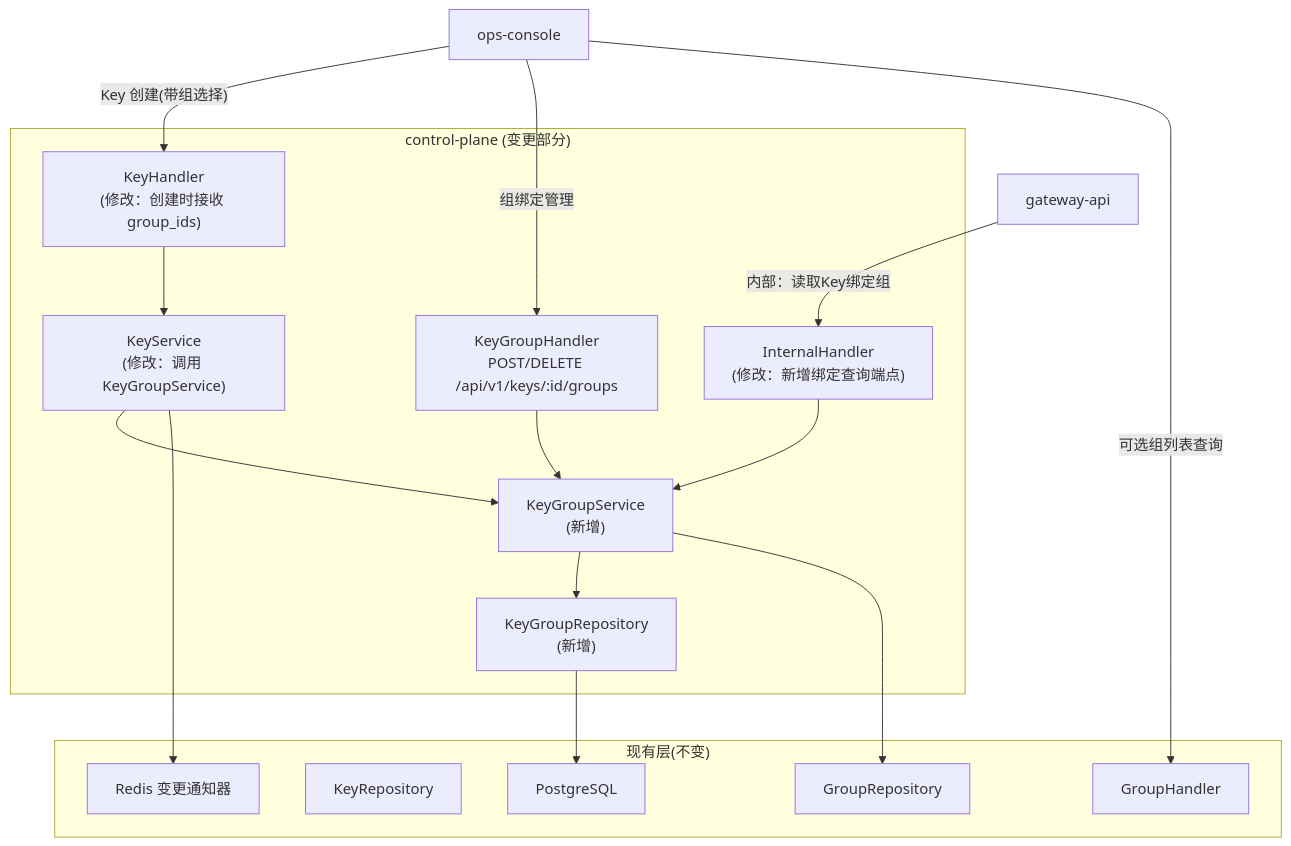
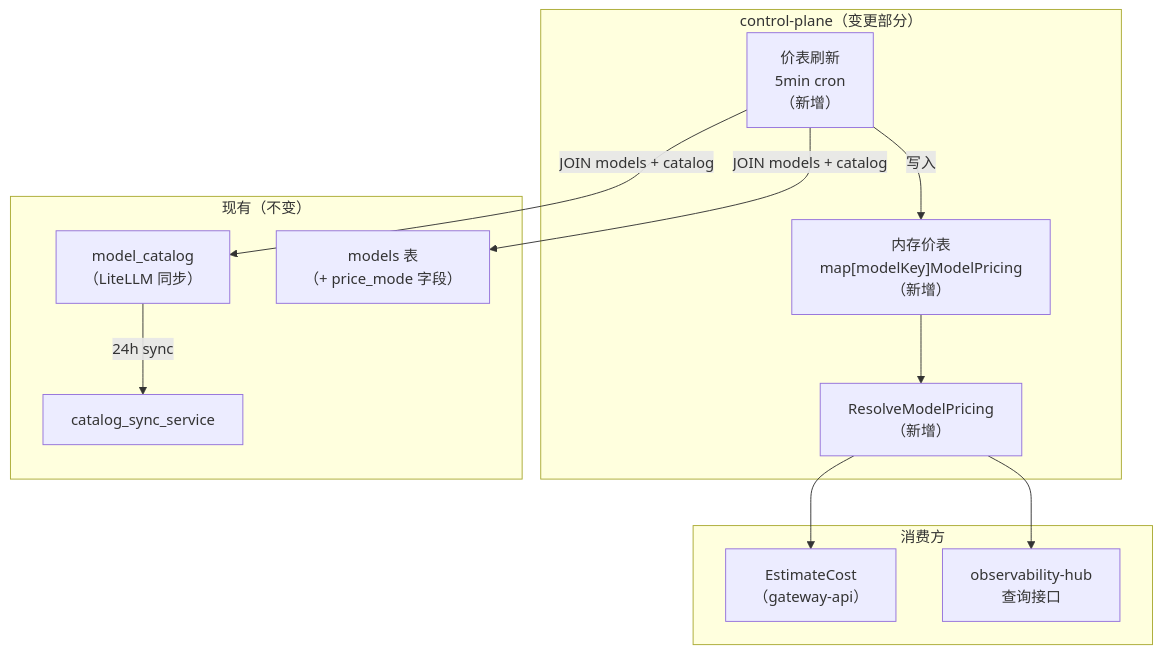
The diagram in xspec/changes/control-plane/hld.delta.md (achieve-jsy/llm-gateway), drawn with Mermaid before and after one commit. The commit also changed other lines of this file and 106 other files, not shown here.

````diff
--- a/xspec/changes/control-plane/hld.delta.md
+++ b/xspec/changes/control-plane/hld.delta.md
@@ -11,34 +11,27 @@
 ```mermaid
 flowchart TD
-    subgraph CP["control-plane (变更部分)"]
-        KGH["KeyGroupHandler<br/>POST/DELETE /api/v1/keys/:id/groups"]
-        KGS["KeyGroupService<br/>(新增)"]
-        KGR["KeyGroupRepository<br/>(新增)"]
-        
-        KH["KeyHandler<br/>(修改：创建时接收 group_ids)"]
-        KS["KeyService<br/>(修改：调用 KeyGroupService)"]
-        IH["InternalHandler<br/>(修改：新增绑定查询端点)"]
+    subgraph CP["control-plane（变更部分）"]
+        RESOLVE["ResolveModelPricing<br/>（新增）"]
+        MEM["内存价表<br/>map[modelKey]ModelPricing<br/>（新增）"]
+        REFRESH["价表刷新<br/>5min cron<br/>（新增）"]
     end
 
-    subgraph Existing["现有层(不变)"]
-        GH["GroupHandler"]
-        KR["KeyRepository"]
-        GR["GroupRepository"]
-        N["Redis 变更通知器"]
-        DB["PostgreSQL"]
+    subgraph EXIST["现有（不变）"]
+        CATALOG["model_catalog<br/>（LiteLLM 同步）"]
+        MODELS["models 表<br/>（+ price_mode 字段）"]
+        SYNC["catalog_sync_service"]
     end
 
-    OC["ops-console"] -->|"Key 创建(带组选择)"| KH
-    OC -->|"组绑定管理"| KGH
-    OC -->|"可选组列表查询"| GH
-    GW["gateway-api"] -->|"内部：读取Key绑定组"| IH
+    subgraph CONSUME["消费方"]
+        COST["EstimateCost<br/>（gateway-api）"]
+        OBSQ["observability-hub<br/>查询接口"]
+    end
 
-    KH --> KS
-    KS --> KGS
-    KGH --> KGS
-    KGS --> KGR
-    KGR --> DB
-    IH --> KGS
-    KGS --> GR
-    KS --> N
+    CATALOG -->|24h sync| SYNC
+    REFRESH -->|JOIN models + catalog| CATALOG
+    REFRESH -->|JOIN models + catalog| MODELS
+    REFRESH -->|写入| MEM
+    MEM --> RESOLVE
+    RESOLVE --> COST
+    RESOLVE --> OBSQ
 ```
````
